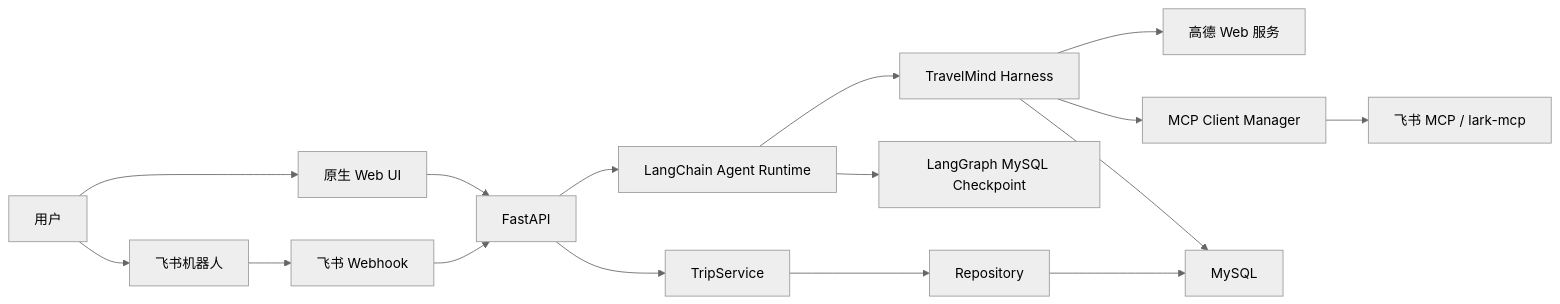
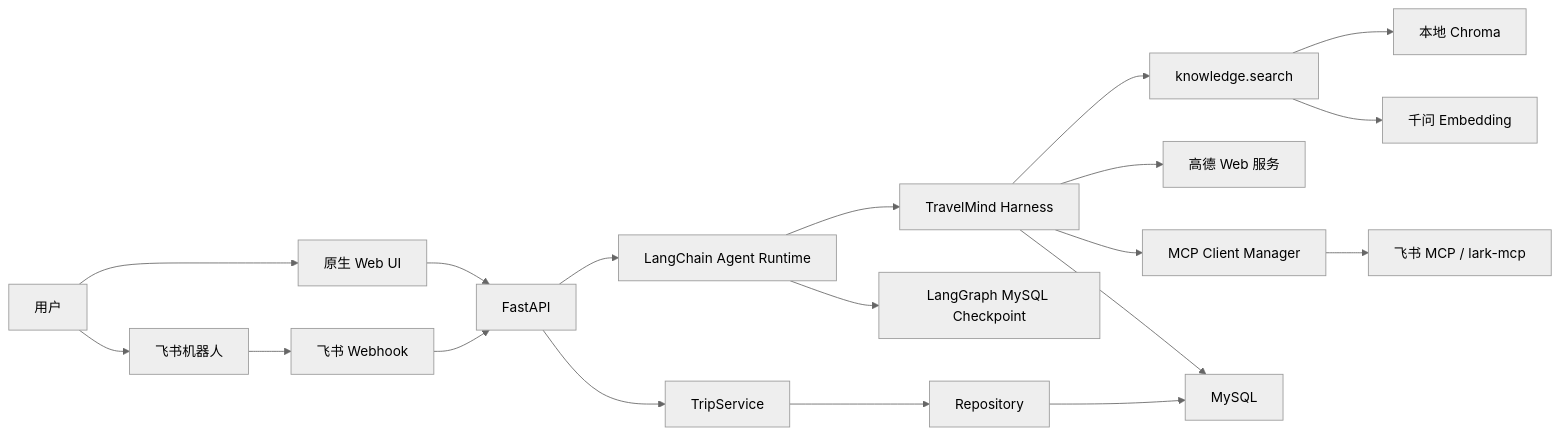
Before and after one commit to 1793172882/TravelMind: the first of 3 diagrams in docs/02-architecture-design.md, drawn with Mermaid (neutral theme). The commit also changed other lines of this file and 34 other files, not shown here.

Commit message:
feat: add Chroma RAG knowledge base

````diff
--- a/docs/02-architecture-design.md
+++ b/docs/02-architecture-design.md
@@ -14,18 +14,21 @@
 ```mermaid
 flowchart LR
     User["用户"] --> Web["原生 Web UI"]
     User --> Feishu["飞书机器人"]
     Web --> API["FastAPI"]
     Feishu --> Webhook["飞书 Webhook"]
     Webhook --> API
     API --> Runtime["LangChain Agent Runtime"]
     Runtime --> Harness["TravelMind Harness"]
+    Harness --> RAG["knowledge.search"]
+    RAG --> Chroma["本地 Chroma"]
+    RAG --> Embed["千问 Embedding"]
     Harness --> AMap["高德 Web 服务"]
     Harness --> MCP["MCP Client Manager"]
     MCP --> Lark["飞书 MCP / lark-mcp"]
     API --> Service["TripService"]
     Service --> Repo["Repository"]
     Repo --> DB["MySQL"]
     Runtime --> Checkpoint["LangGraph MySQL Checkpoint"]
     Harness --> DB
 ```
````
